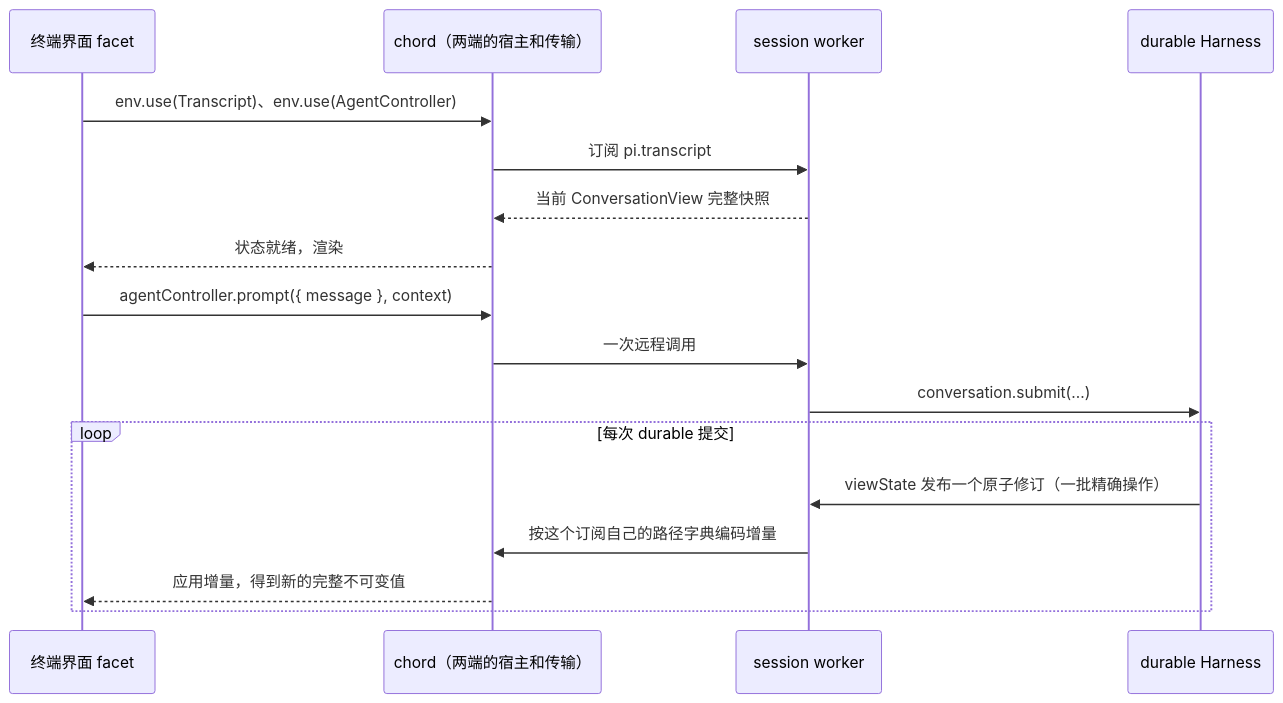
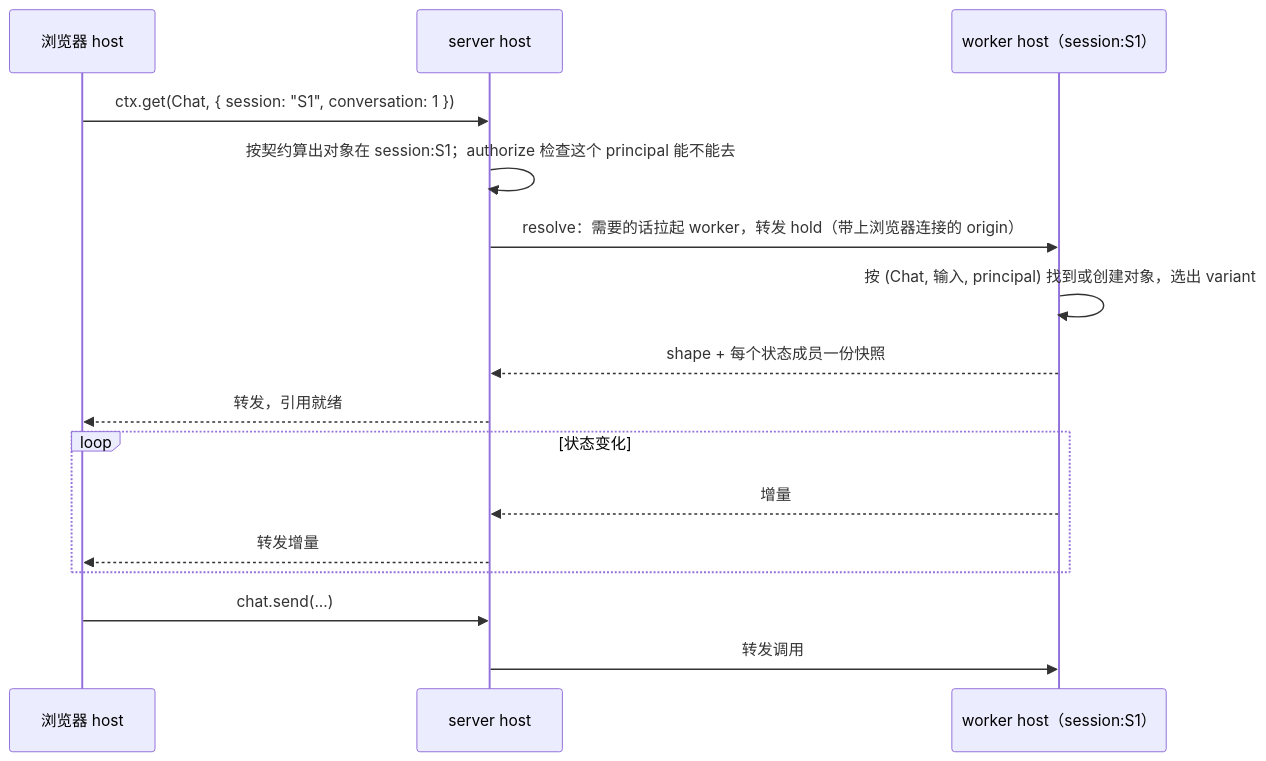
One commit to nickqiaoo/nickqiaoo.github.io changed diagram 19 of 19 in src/content/post/agents-pi-mono/index.md. Above: the diagram before and after it, drawn with Mermaid. The commit also changed other lines of this file, not shown here.

Commit message:
docs(agents-pi-mono): sync with pi-mono 790271cd0 and rewrite the chord section

````diff
--- a/src/content/post/agents-pi-mono/index.md
+++ b/src/content/post/agents-pi-mono/index.md
@@ -2117,20 +2144,19 @@
 ```mermaid
 sequenceDiagram
-  participant TUI as 终端界面 facet
-  participant CH as chord（两端的宿主和传输）
-  participant W as session worker
-  participant H as durable Harness
+  participant B as 浏览器 host
+  participant S as server host
+  participant W as worker host（session:S1）
 
-  TUI->>CH: env.use(Transcript)、env.use(AgentController)
-  CH->>W: 订阅 pi.transcript
-  W-->>CH: 当前 ConversationView 完整快照
-  CH-->>TUI: 状态就绪，渲染
-  TUI->>CH: agentController.prompt({ message }, context)
-  CH->>W: 一次远程调用
-  W->>H: conversation.submit(...)
-  loop 每次 durable 提交
-    H->>W: viewState 发布一个原子修订（一批精确操作）
-    W->>CH: 按这个订阅自己的路径字典编码增量
-    CH-->>TUI: 应用增量，得到新的完整不可变值
+  B->>S: ctx.get(Chat, { session: "S1", conversation: 1 })
+  S->>S: 按契约算出对象在 session:S1；authorize 检查这个 principal 能不能去
+  S->>W: resolve：需要的话拉起 worker，转发 hold（带上浏览器连接的 origin）
+  W->>W: 按 (Chat, 输入, principal) 找到或创建对象，选出 variant
+  W-->>S: shape + 每个状态成员一份快照
+  S-->>B: 转发，引用就绪
+  loop 状态变化
+    W-->>S: 增量
+    S-->>B: 转发增量
   end
+  B->>S: chat.send(...)
+  S->>W: 转发调用
 ```
````
